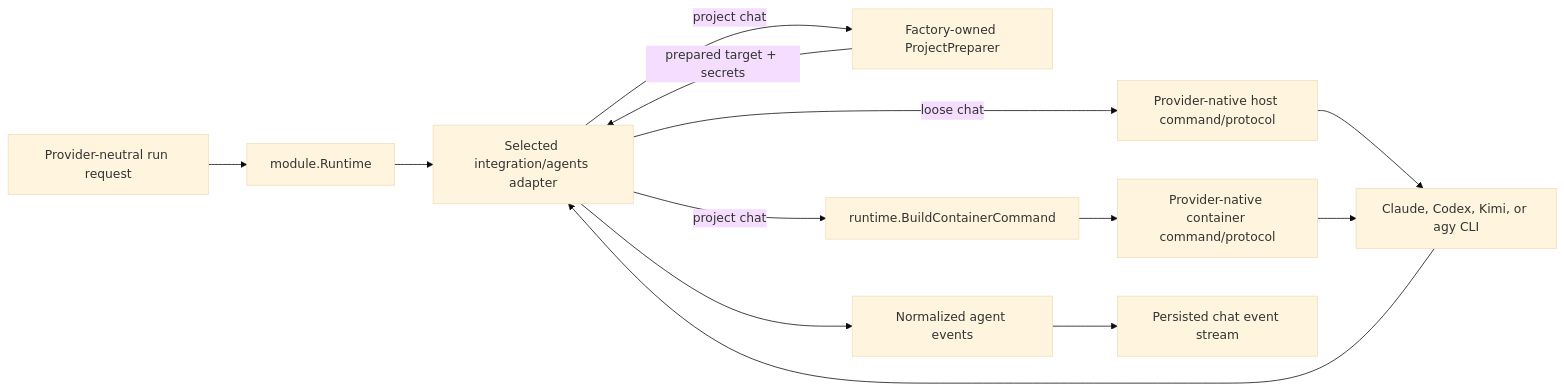
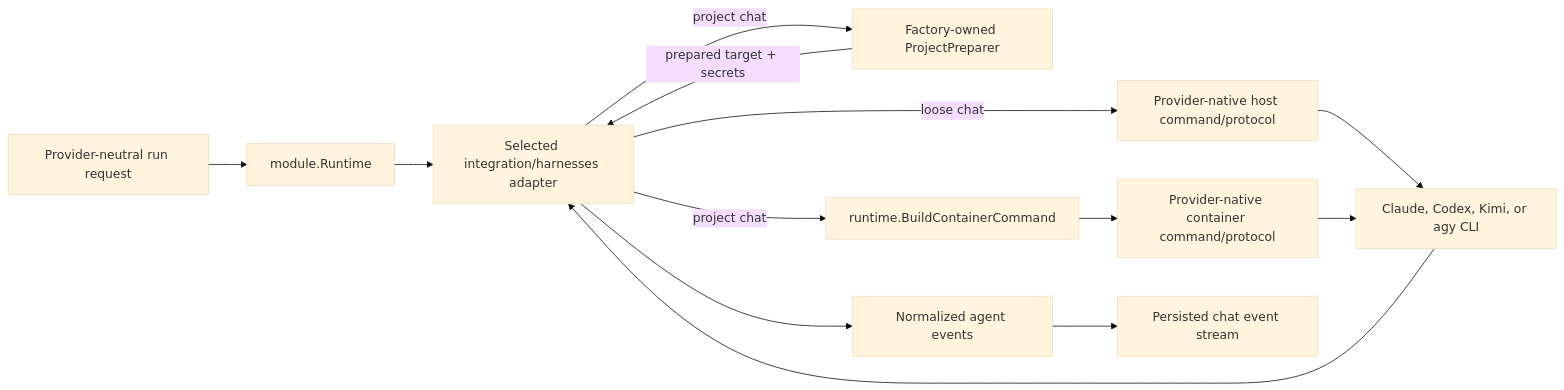
One commit to futrx-com/remote.futrx changed the third of 5 diagrams in docs/02-workspaces/04-chat-and-agents.md. Above: the diagram before and after it, drawn with Mermaid (base theme). The commit also changed other lines of this file and 166 other files, not shown here.

First line of the commit message:
refactor(harness): rename integration/agents to integration/harnesses

````diff
--- a/docs/02-workspaces/04-chat-and-agents.md
+++ b/docs/02-workspaces/04-chat-and-agents.md
@@ -65,15 +65,15 @@
 ```mermaid
 flowchart LR
     Request["Provider-neutral run request"] --> Runtime["module.Runtime"]
-    Runtime --> Provider["Selected integration/agents adapter"]
+    Runtime --> Provider["Selected integration/harnesses adapter"]
     Provider -->|project chat| Prep["Factory-owned ProjectPreparer"]
     Prep -->|prepared target + secrets| Provider
     Provider -->|project chat| Cmd["runtime.BuildContainerCommand"]
     Provider -->|loose chat| HostCmd["Provider-native host command/protocol"]
     Cmd --> ContainerCmd["Provider-native container command/protocol"]
     HostCmd --> CLI["Claude, Codex, Kimi, or agy CLI"]
     ContainerCmd --> CLI
     CLI --> Provider
     Provider --> Normalize["Normalized agent events"]
     Normalize --> ChatEvents["Persisted chat event stream"]
 ```
````
